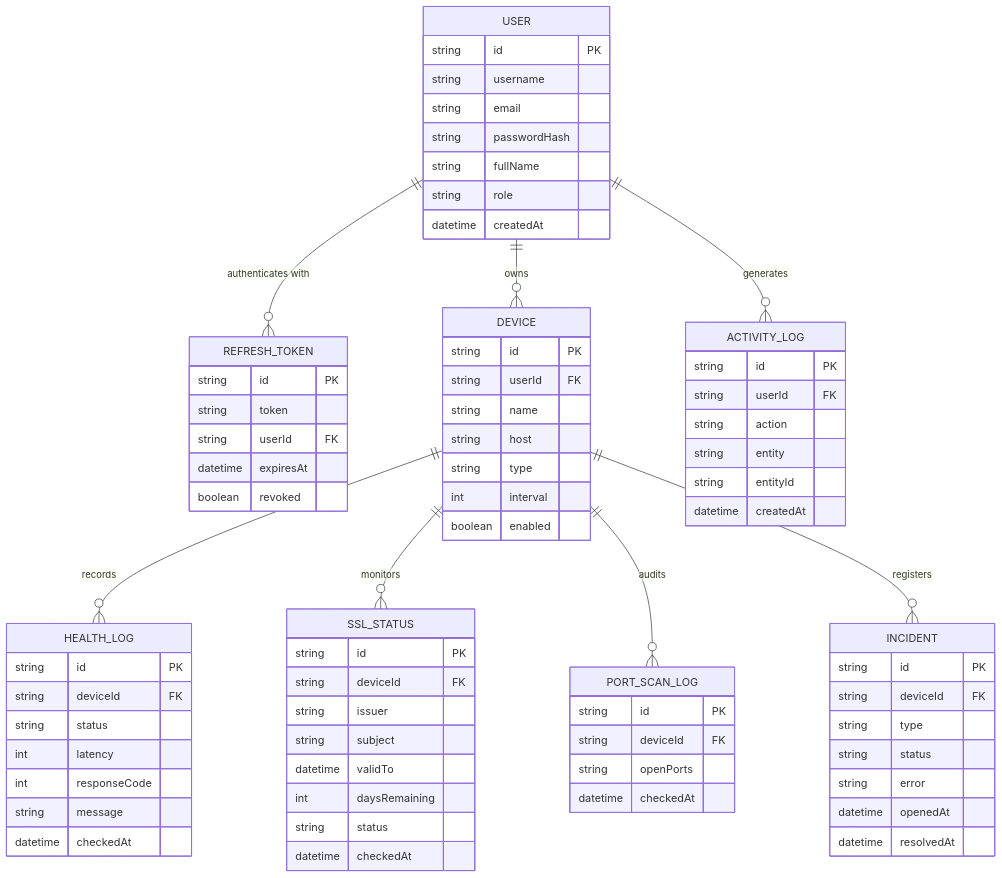
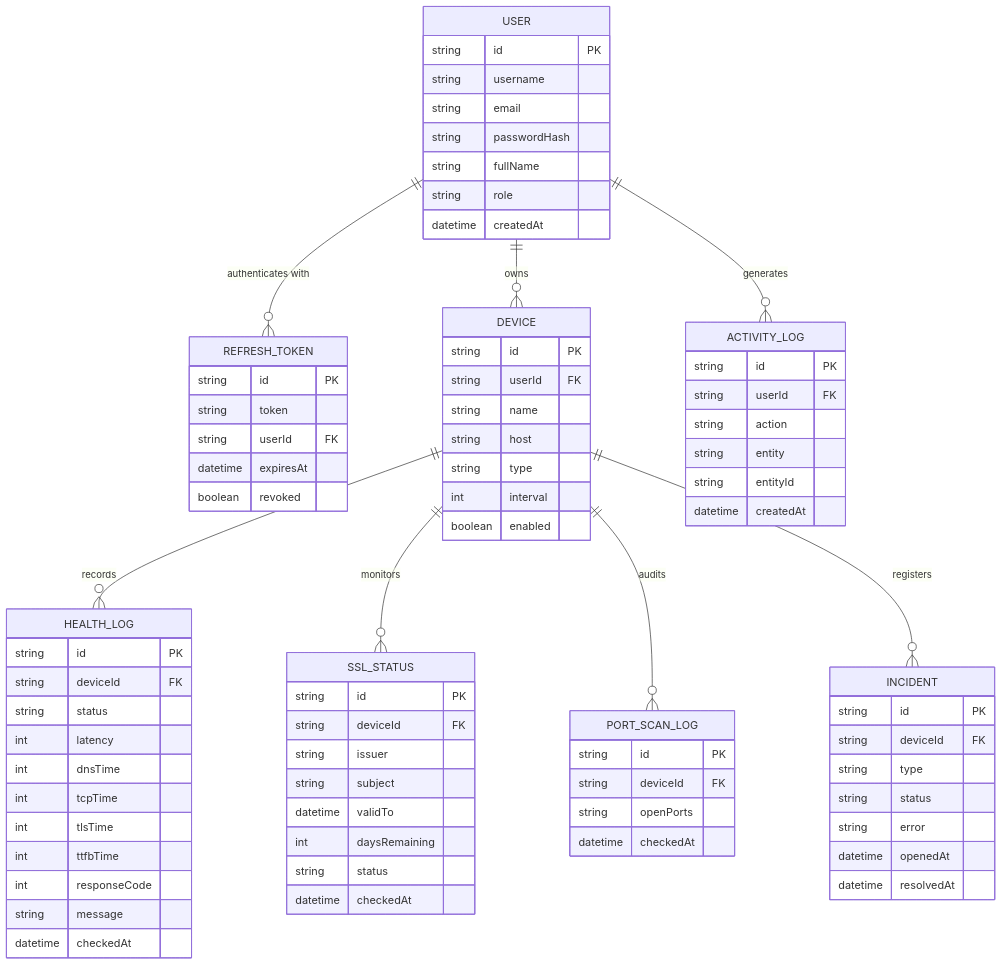
Before and after one commit to DeepakPatel004/NetScope: the second of 2 diagrams in README.md, drawn with Mermaid. The commit also changed other lines of this file, not shown here.

Commit message:
docs: update README with Network Phase Latency Breakdown and ER diagram fields

```diff
--- a/README.md
+++ b/README.md
@@ -208,6 +216,10 @@
         string deviceId FK
         string status
         int latency
+        int dnsTime
+        int tcpTime
+        int tlsTime
+        int ttfbTime
         int responseCode
         string message
         datetime checkedAt
```
